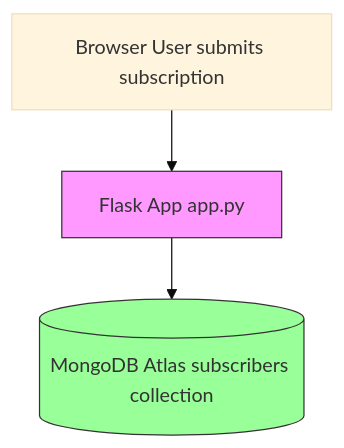
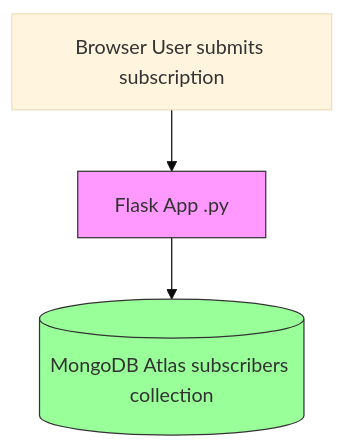
The diagram in README.md (obintui10/adu-ecommerce-app), drawn with Mermaid (base theme) before and after one commit.

````diff
--- a/README.md
+++ b/README.md
@@ -85,11 +85,11 @@
 ```mermaid
 flowchart TD
-    A[Browser User submits subscription] --> B[Flask App app.py]
+    A[Browser User submits subscription] --> B[Flask App .py]
     B --> C[(MongoDB Atlas subscribers collection)]
 
     classDef flask fill:#f9f,stroke:#333,stroke-width:1px
     classDef db fill:#9f9,stroke:#333,stroke-width:1px
 
     class B flask
     class C db
 ```
````
